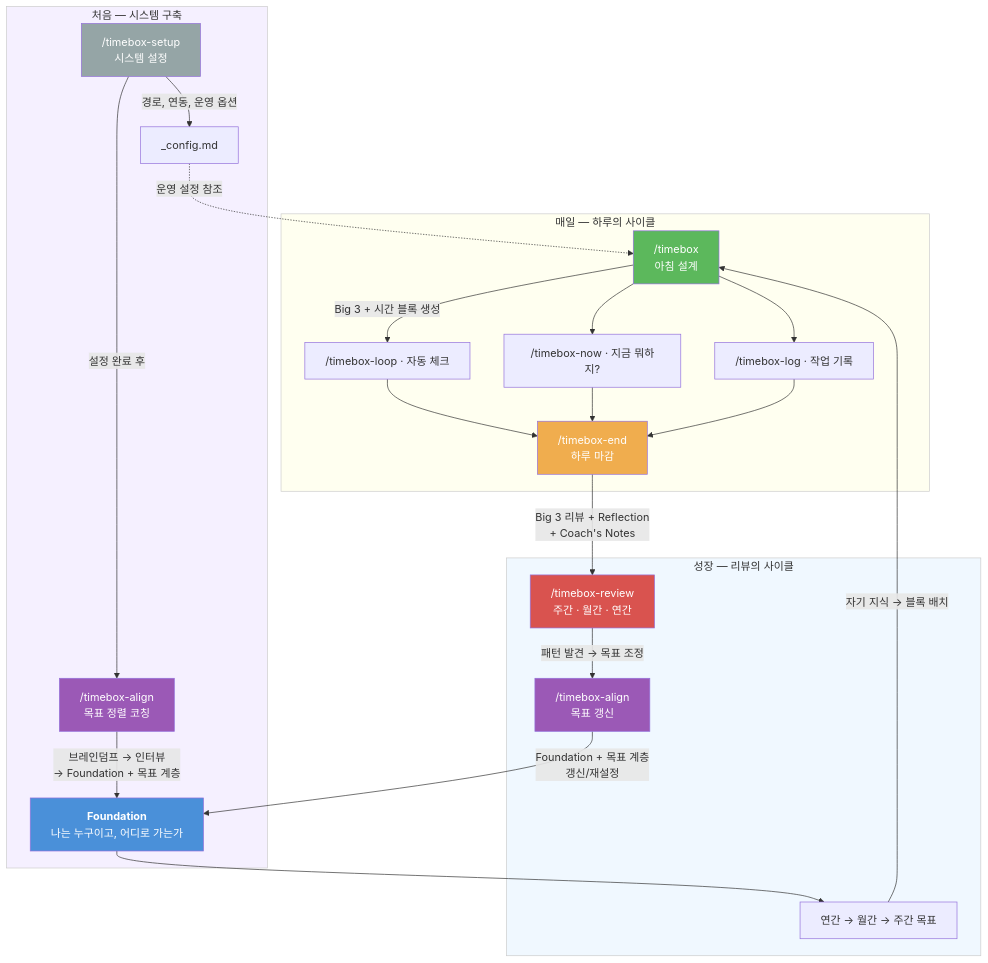
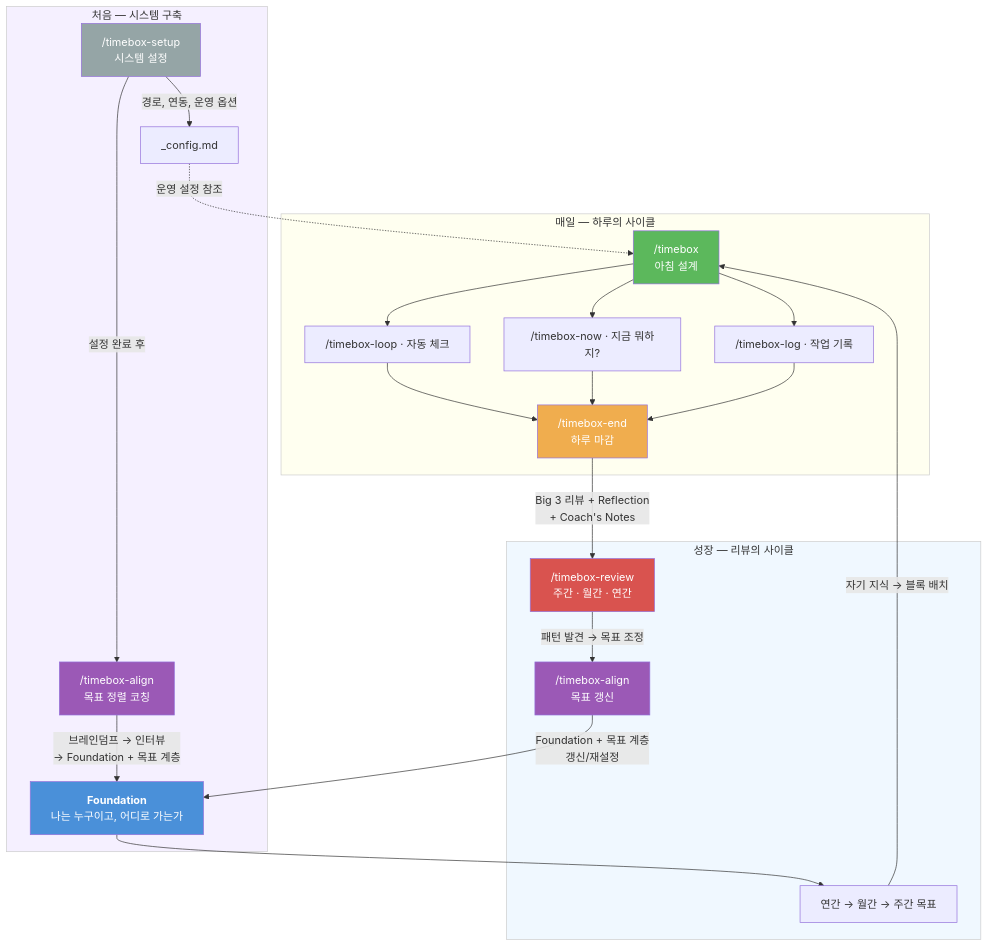
Before and after one commit to bingl2/llm-tools: the diagram in timebox/README.md, drawn with Mermaid.

Commit message:
fix(timebox): 다이어그램에서 timebox→loop 간 불필요한 라벨 제거

````diff
--- a/timebox/README.md
+++ b/timebox/README.md
@@ -54,39 +54,39 @@
 ```mermaid
 graph TD
     subgraph INIT ["처음 — 시스템 구축"]
         SETUP["/timebox-setup<br/>시스템 설정"] -->|"경로, 연동, 운영 옵션"| CONFIG["_config.md"]
         SETUP -->|"설정 완료 후"| ALIGN_INIT["/timebox-align<br/>목표 정렬 코칭"]
         ALIGN_INIT -->|"브레인덤프 → 인터뷰<br/>→ Foundation + 목표 계층"| F
     end
 
     subgraph DAILY ["매일 — 하루의 사이클"]
         TB["/timebox<br/>아침 설계"]
-        TB -->|"Big 3 + 시간 블록 생성"| LOOP["/timebox-loop · 자동 체크"]
+        TB --> LOOP["/timebox-loop · 자동 체크"]
         TB --> NOW["/timebox-now · 지금 뭐하지?"]
         TB --> LOG["/timebox-log · 작업 기록"]
         LOOP --> END["/timebox-end<br/>하루 마감"]
         NOW --> END
         LOG --> END
     end
 
     subgraph GROWTH ["성장 — 리뷰의 사이클"]
         END -->|"Big 3 리뷰 + Reflection<br/>+ Coach's Notes"| REV["/timebox-review<br/>주간 · 월간 · 연간"]
         REV -->|"패턴 발견 → 목표 조정"| ALIGN["/timebox-align<br/>목표 갱신"]
         ALIGN -->|"Foundation + 목표 계층<br/>갱신/재설정"| F["<b>Foundation</b><br/>나는 누구이고, 어디로 가는가"]
         F --> G["연간 → 월간 → 주간 목표"]
     end
 
     G -->|"자기 지식 → 블록 배치"| TB
     CONFIG -.->|"운영 설정 참조"| TB
 
     style INIT fill:#f5f0ff,stroke:#ccc
     style DAILY fill:#fffff0,stroke:#ccc
     style GROWTH fill:#f0f8ff,stroke:#ccc
     style F fill:#4a90d9,color:#fff
     style REV fill:#d9534f,color:#fff
     style TB fill:#5cb85c,color:#fff
     style END fill:#f0ad4e,color:#fff
     style ALIGN fill:#9b59b6,color:#fff
     style ALIGN_INIT fill:#9b59b6,color:#fff
     style SETUP fill:#95a5a6,color:#fff
 ```
````
